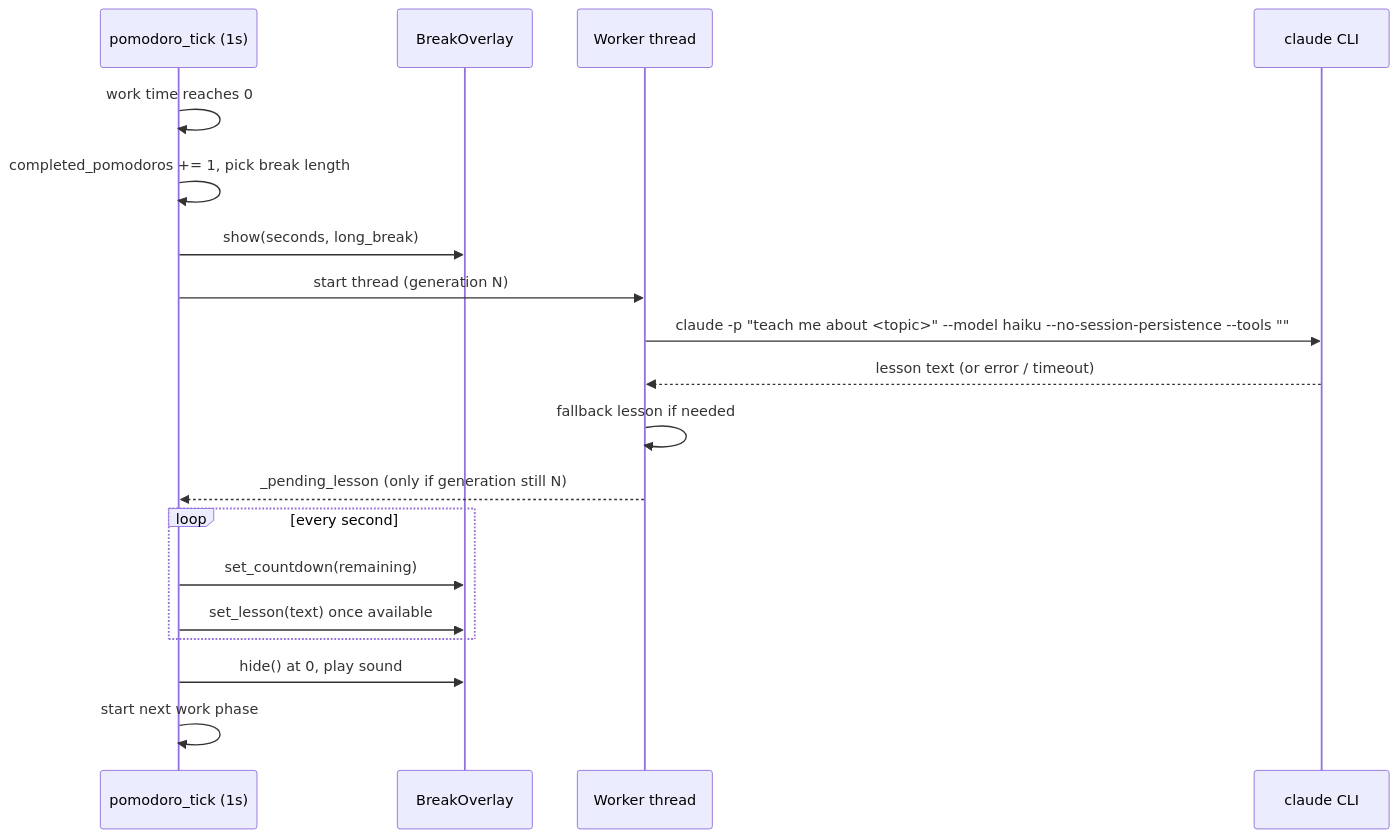
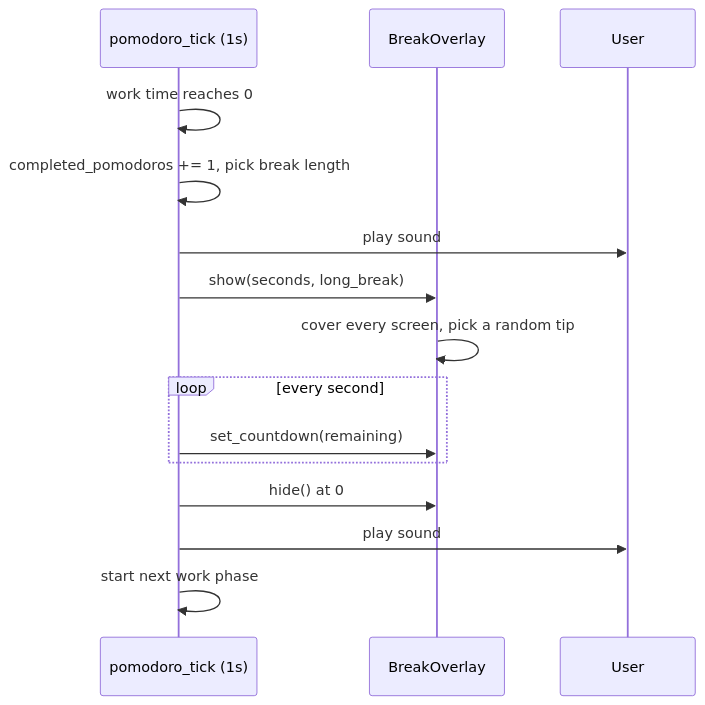
One commit to Nithish-Yenaganti/Focus-mode changed the third of 3 diagrams in ARCHITECTURE.md. Above: the diagram before and after it, drawn with Mermaid. The commit also changed other lines of this file and 4 other files, not shown here.

First line of the commit message:
Replace break lesson with screen-free tips; update docs; rebuild DMG

````diff
--- a/ARCHITECTURE.md
+++ b/ARCHITECTURE.md
@@ -56,22 +49,18 @@
 ```mermaid
 sequenceDiagram
     participant T as pomodoro_tick (1s)
     participant O as BreakOverlay
-    participant W as Worker thread
-    participant C as claude CLI
+    participant U as User
 
     T->>T: work time reaches 0
     T->>T: completed_pomodoros += 1, pick break length
+    T->>U: play sound
     T->>O: show(seconds, long_break)
-    T->>W: start thread (generation N)
-    W->>C: claude -p "teach me about <topic>" --model haiku --no-session-persistence --tools ""
-    C-->>W: lesson text (or error / timeout)
-    W->>W: fallback lesson if needed
-    W-->>T: _pending_lesson (only if generation still N)
+    O->>O: cover every screen, pick a random tip
     loop every second
         T->>O: set_countdown(remaining)
-        T->>O: set_lesson(text) once available
     end
-    T->>O: hide() at 0, play sound
+    T->>O: hide() at 0
+    T->>U: play sound
     T->>T: start next work phase
 ```
````
